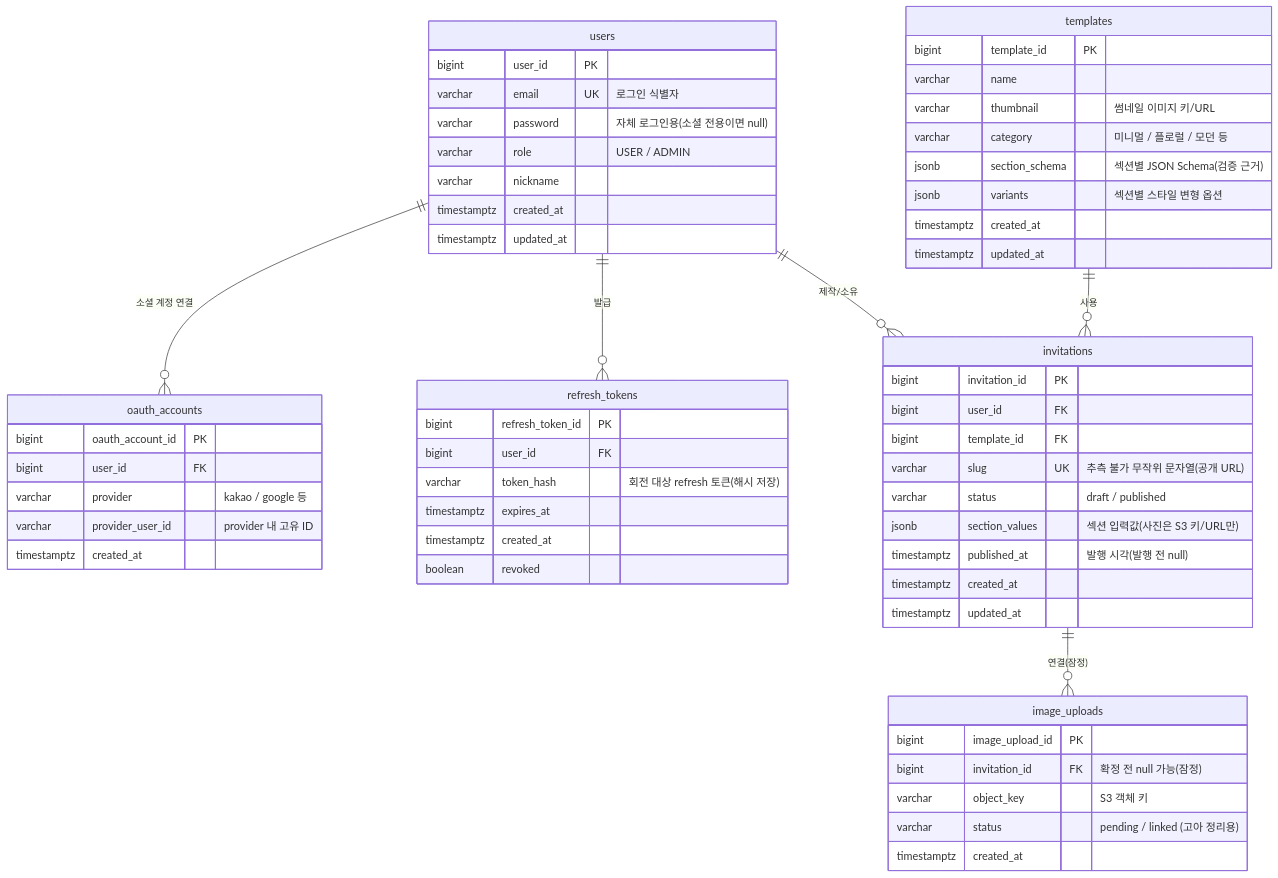
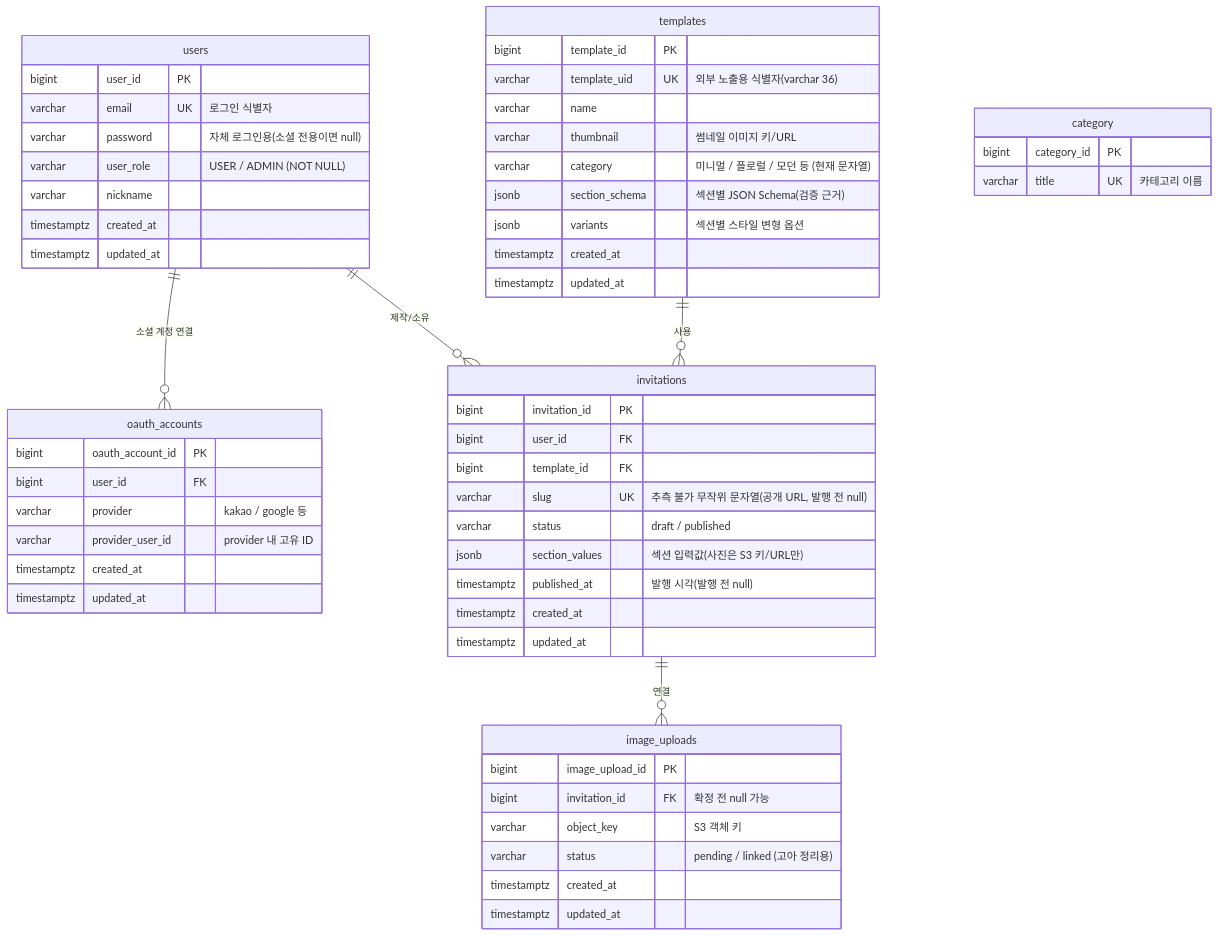
One commit to Smally-wed/MiniWed-server changed the diagram in docs/ERD.md. Above: the diagram before and after it, drawn with Mermaid. The commit also changed other lines of this file and 23 other files, not shown here.

````diff
--- a/docs/ERD.md
+++ b/docs/ERD.md
@@ -14,66 +16,64 @@
 ```mermaid
 erDiagram
     users ||--o{ oauth_accounts : "소셜 계정 연결"
-    users ||--o{ refresh_tokens : "발급"
     users ||--o{ invitations : "제작/소유"
     templates ||--o{ invitations : "사용"
-    invitations ||--o{ image_uploads : "연결(잠정)"
+    invitations ||--o{ image_uploads : "연결"
 
     users {
         bigint      user_id PK
         varchar     email UK "로그인 식별자"
         varchar     password "자체 로그인용(소셜 전용이면 null)"
-        varchar     role "USER / ADMIN"
+        varchar     user_role "USER / ADMIN (NOT NULL)"
         varchar     nickname
         timestamptz created_at
         timestamptz updated_at
     }
 
     oauth_accounts {
         bigint      oauth_account_id PK
         bigint      user_id FK
         varchar     provider "kakao / google 등"
         varchar     provider_user_id "provider 내 고유 ID"
-        timestamptz created_at 
-    }
-
-    refresh_tokens {
-        bigint      refresh_token_id PK
-        bigint      user_id FK
-        varchar     token_hash "회전 대상 refresh 토큰(해시 저장)"
-        timestamptz expires_at
         timestamptz created_at
-        boolean     revoked
+        timestamptz updated_at
     }
 
     templates {
         bigint      template_id PK
+        varchar     template_uid UK "외부 노출용 식별자(varchar 36)"
         varchar     name
         varchar     thumbnail "썸네일 이미지 키/URL"
-        varchar     category "미니멀 / 플로럴 / 모던 등"
+        varchar     category "미니멀 / 플로럴 / 모던 등 (현재 문자열)"
         jsonb       section_schema "섹션별 JSON Schema(검증 근거)"
         jsonb       variants "섹션별 스타일 변형 옵션"
         timestamptz created_at
         timestamptz updated_at
     }
 
+    category {
+        bigint      category_id PK
+        varchar     title UK "카테고리 이름"
+    }
+
     invitations {
         bigint      invitation_id PK
         bigint      user_id FK
         bigint      template_id FK
-        varchar     slug UK "추측 불가 무작위 문자열(공개 URL)"
+        varchar     slug UK "추측 불가 무작위 문자열(공개 URL, 발행 전 null)"
         varchar     status "draft / published"
         jsonb       section_values "섹션 입력값(사진은 S3 키/URL만)"
         timestamptz published_at "발행 시각(발행 전 null)"
         timestamptz created_at
         timestamptz updated_at
     }
 
     image_uploads {
         bigint      image_upload_id PK
-        bigint      invitation_id FK "확정 전 null 가능(잠정)"
+        bigint      invitation_id FK "확정 전 null 가능"
         varchar     object_key "S3 객체 키"
         varchar     status "pending / linked (고아 정리용)"
         timestamptz created_at
+        timestamptz updated_at
     }
 ```
````
